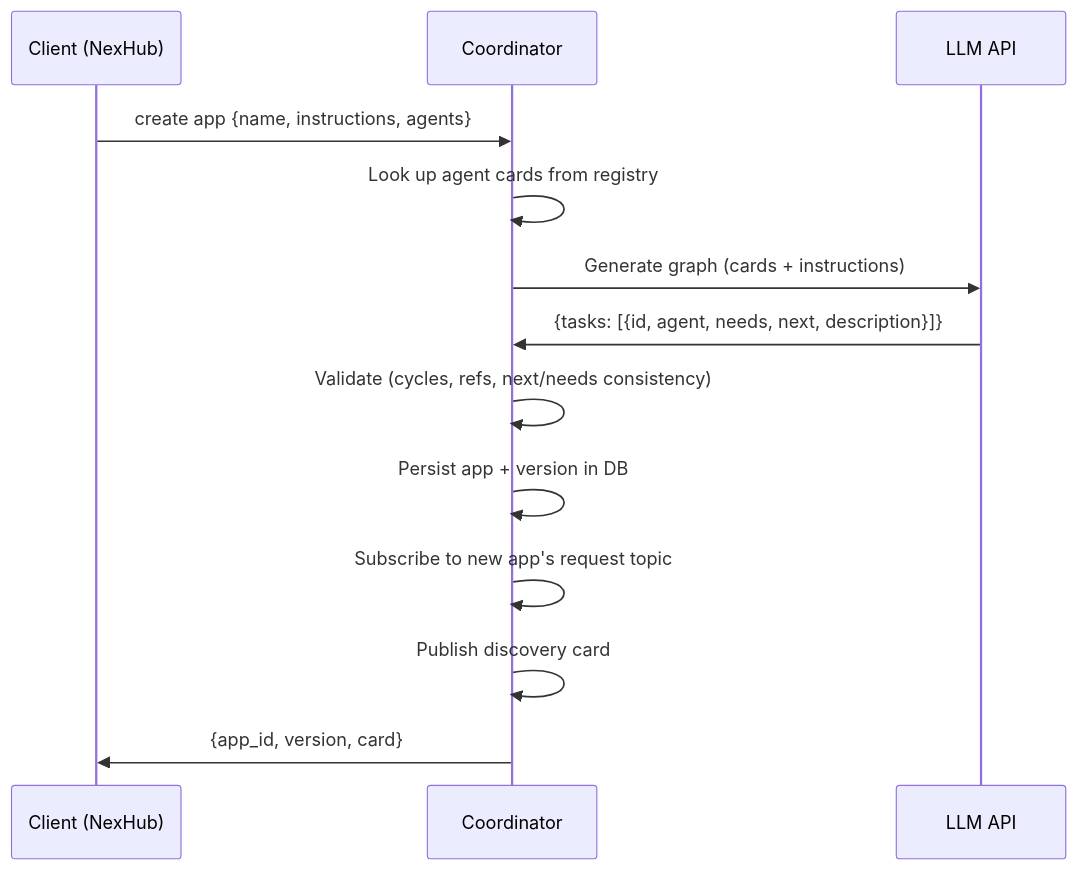
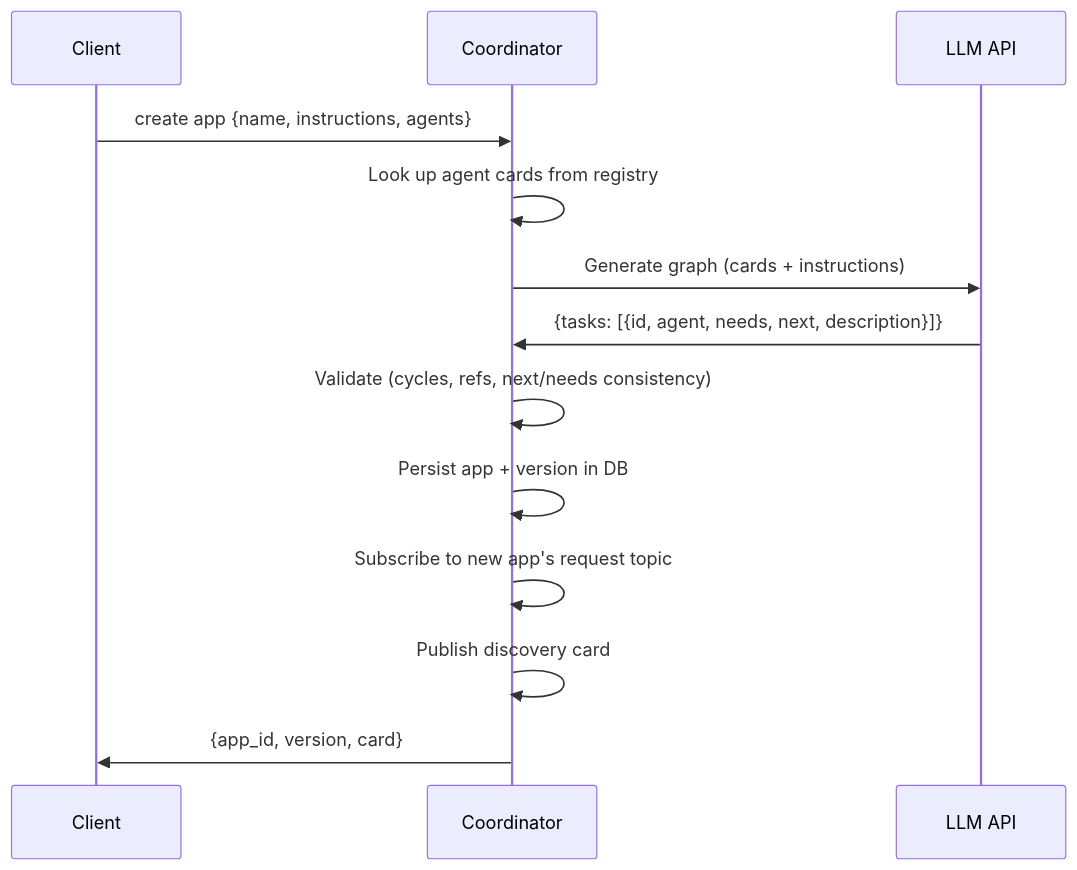
Before and after one commit to id/skitter: the fourth of 4 diagrams in docs/architecture.md, drawn with Mermaid. The commit also changed other lines of this file, not shown here.

````diff
--- a/docs/architecture.md
+++ b/docs/architecture.md
@@ -120,16 +120,16 @@
 ```mermaid
 sequenceDiagram
-    participant C as Client (NexHub)
+    participant C as Client
     participant Co as Coordinator
     participant LLM as LLM API
 
     C->>Co: create app {name, instructions, agents}
     Co->>Co: Look up agent cards from registry
     Co->>LLM: Generate graph (cards + instructions)
     LLM->>Co: {tasks: [{id, agent, needs, next, description}]}
     Co->>Co: Validate (cycles, refs, next/needs consistency)
     Co->>Co: Persist app + version in DB
     Co->>Co: Subscribe to new app's request topic
     Co->>Co: Publish discovery card
     Co->>C: {app_id, version, card}
 ```
````
